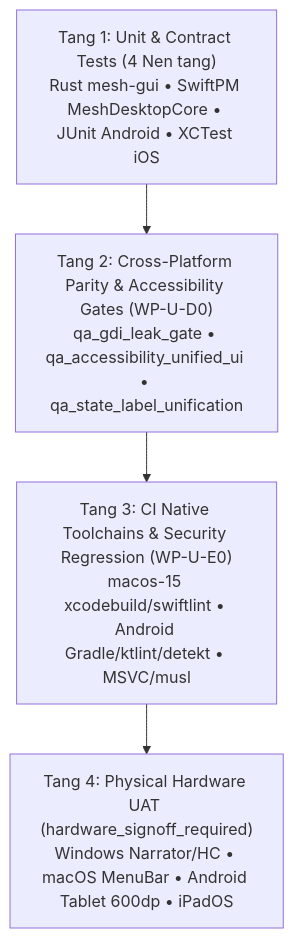
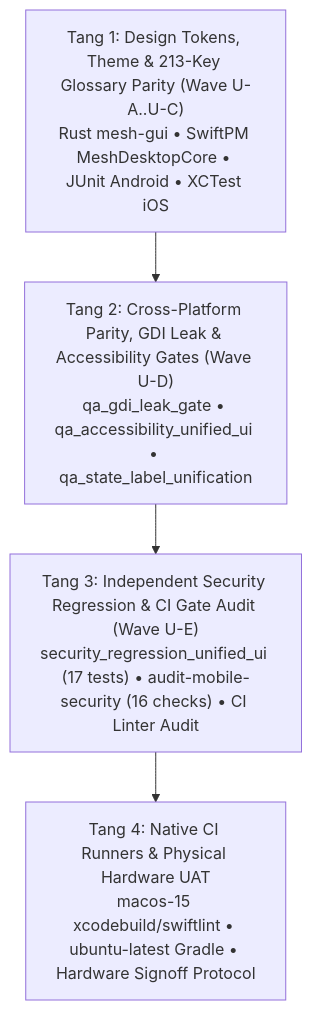
The diagram in docs/05-quality-assurance/unified-ui-test-plan.md (nguyenvando420-spec/mesh-vpn), drawn with Mermaid before and after one commit. The commit also changed other lines of this file and 47 other files, not shown here.

First line of the commit message:
feat(ui): complete v0.4.0 security suite and Gate 3 fixes

````diff
--- a/docs/05-quality-assurance/unified-ui-test-plan.md
+++ b/docs/05-quality-assurance/unified-ui-test-plan.md
@@ -31,9 +31,9 @@
 ```mermaid
 flowchart TD
-    T1["Tang 1: Unit & Contract Tests (4 Nen tang)\nRust mesh-gui • SwiftPM MeshDesktopCore • JUnit Android • XCTest iOS"]
-    T2["Tang 2: Cross-Platform Parity & Accessibility Gates (WP-U-D0)\nqa_gdi_leak_gate • qa_accessibility_unified_ui • qa_state_label_unification"]
-    T3["Tang 3: CI Native Toolchains & Security Regression (WP-U-E0)\nmacos-15 xcodebuild/swiftlint • Android Gradle/ktlint/detekt • MSVC/musl"]
-    T4["Tang 4: Physical Hardware UAT (hardware_signoff_required)\nWindows Narrator/HC • macOS MenuBar • Android Tablet 600dp • iPadOS"]
+    T1["Tang 1: Design Tokens, Theme & 213-Key Glossary Parity (Wave U-A..U-C)\nRust mesh-gui • SwiftPM MeshDesktopCore • JUnit Android • XCTest iOS"]
+    T2["Tang 2: Cross-Platform Parity, GDI Leak & Accessibility Gates (Wave U-D)\nqa_gdi_leak_gate • qa_accessibility_unified_ui • qa_state_label_unification"]
+    T3["Tang 3: Independent Security Regression & CI Gate Audit (Wave U-E)\nsecurity_regression_unified_ui (17 tests) • audit-mobile-security (16 checks) • CI Linter Audit"]
+    T4["Tang 4: Native CI Runners & Physical Hardware UAT\nmacos-15 xcodebuild/swiftlint • ubuntu-latest Gradle • Hardware Signoff Protocol"]
 
     T1 --> T2 --> T3 --> T4
 ```
````
